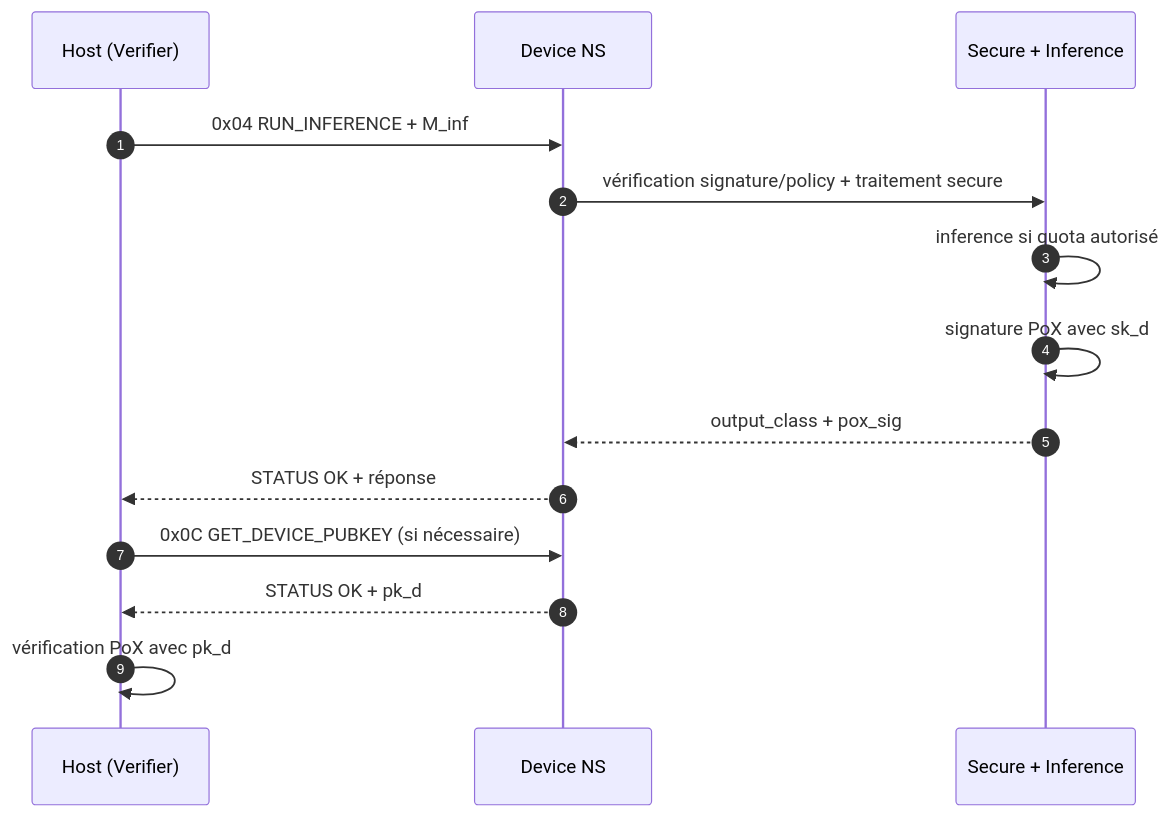
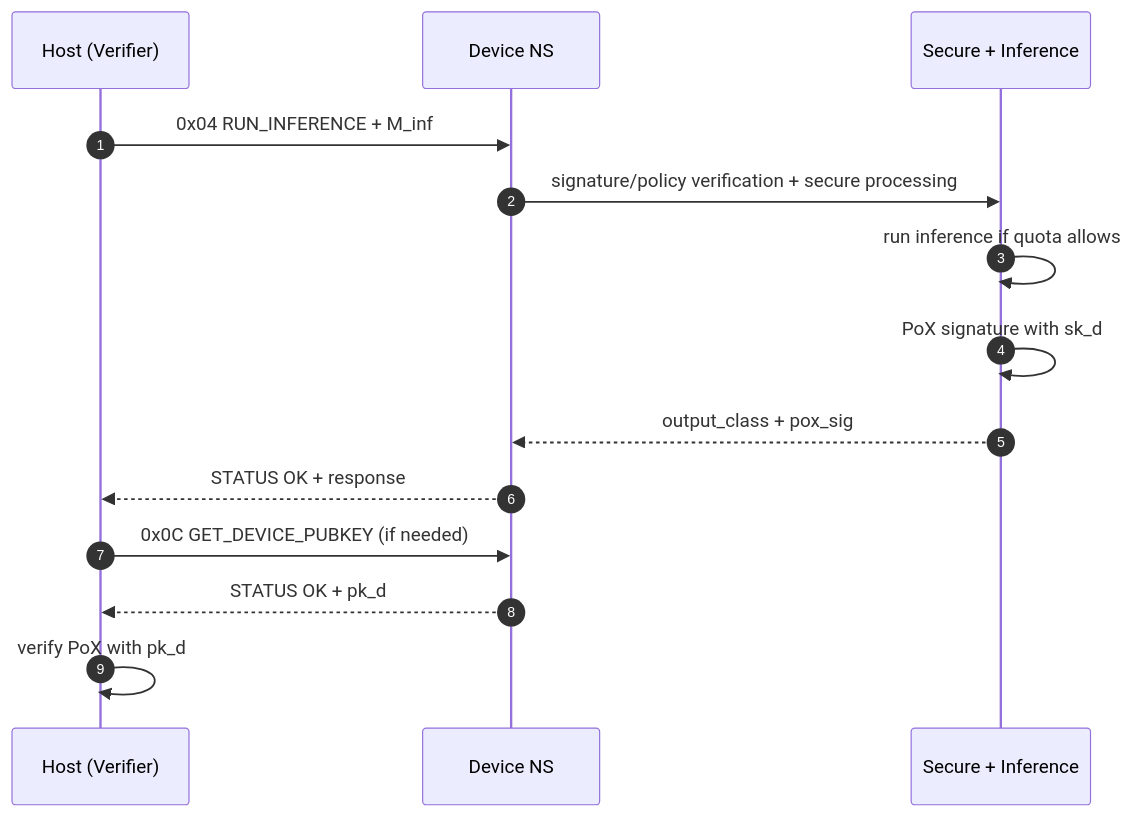
The fourth of 9 diagrams in md/ARCHITECTURE_GLOBALE_DESSINS.md (kiri-style/VeCoDI), drawn with Mermaid before and after one commit. The commit also changed other lines of this file and 3 other files, not shown here.

Commit message:
docs: clarify enclave info lifecycle and architecture

````diff
--- a/md/ARCHITECTURE_GLOBALE_DESSINS.md
+++ b/md/ARCHITECTURE_GLOBALE_DESSINS.md
@@ -97,18 +128,18 @@
 ```mermaid
 sequenceDiagram
     autonumber
     participant H as Host (Verifier)
     participant N as Device NS
     participant S as Secure + Inference
 
     H->>N: 0x04 RUN_INFERENCE + M_inf
-    N->>S: vérification signature/policy + traitement secure
-    S->>S: inference si quota autorisé
-    S->>S: signature PoX avec sk_d
+    N->>S: signature/policy verification + secure processing
+    S->>S: run inference if quota allows
+    S->>S: PoX signature with sk_d
     S-->>N: output_class + pox_sig
-    N-->>H: STATUS OK + réponse
+    N-->>H: STATUS OK + response
 
-    H->>N: 0x0C GET_DEVICE_PUBKEY (si nécessaire)
+    H->>N: 0x0C GET_DEVICE_PUBKEY (if needed)
     N-->>H: STATUS OK + pk_d
-    H->>H: vérification PoX avec pk_d
+    H->>H: verify PoX with pk_d
 ```
````
